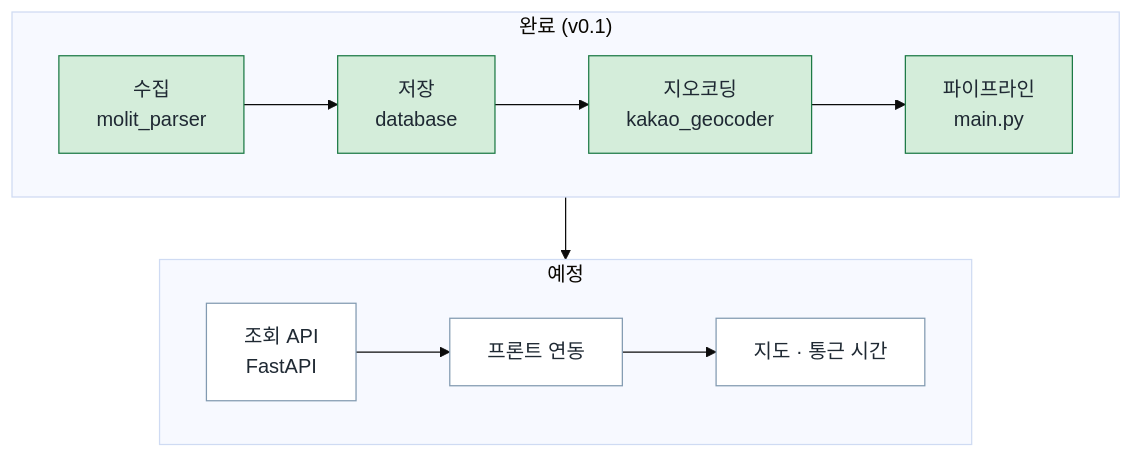
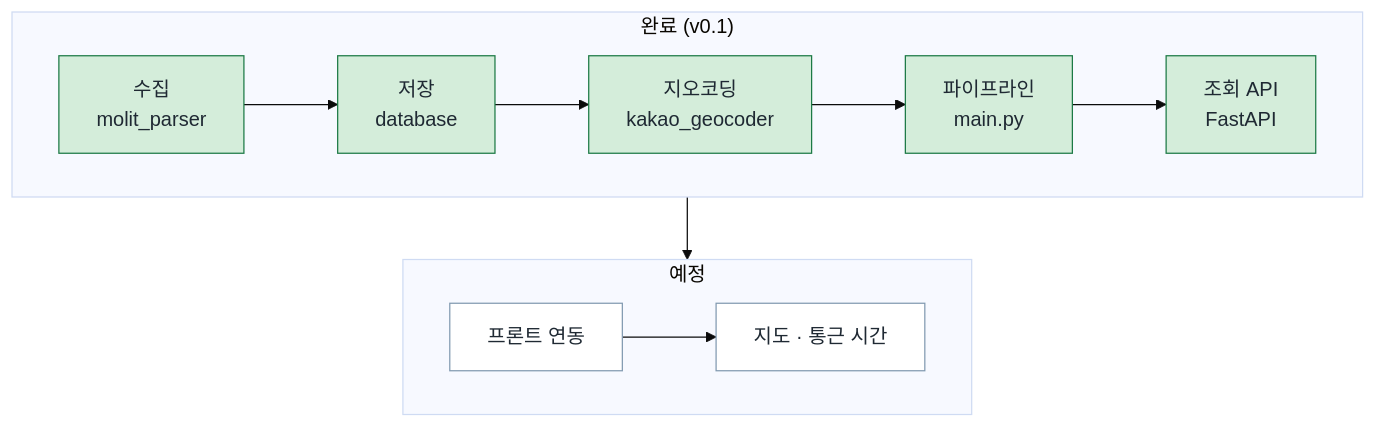
The diagram in README.md (HY25N/RHC), drawn with Mermaid (base theme) before and after one commit. The commit also changed other lines of this file, not shown here.

Commit message:
docs: README에 조회 API 실행 방법과 진행 현황 반영

````diff
--- a/README.md
+++ b/README.md
@@ -19,16 +19,16 @@
 ```mermaid
 flowchart TB
     subgraph DONE["완료 (v0.1)"]
         direction LR
-        A["수집<br/>molit_parser"] --> B["저장<br/>database"] --> C["지오코딩<br/>kakao_geocoder"] --> D["파이프라인<br/>main.py"]
+        A["수집<br/>molit_parser"] --> B["저장<br/>database"] --> C["지오코딩<br/>kakao_geocoder"] --> D["파이프라인<br/>main.py"] --> E["조회 API<br/>FastAPI"]
     end
     subgraph TODO["예정"]
         direction LR
-        E["조회 API<br/>FastAPI"] --> F["프론트 연동"] --> G["지도 · 통근 시간"]
+        F["프론트 연동"] --> G["지도 · 통근 시간"]
     end
     DONE --> TODO
     classDef done fill:#d4edda,stroke:#1d7a46,color:#1f2933
     classDef todo fill:#ffffff,stroke:#829ab1,color:#1f2933
-    class A,B,C,D done
-    class E,F,G todo
+    class A,B,C,D,E done
+    class F,G todo
 ```
````
